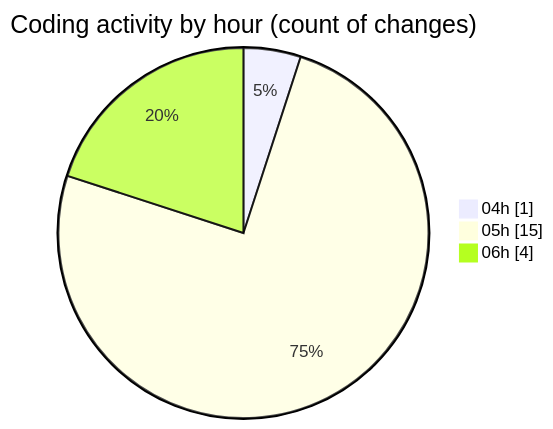
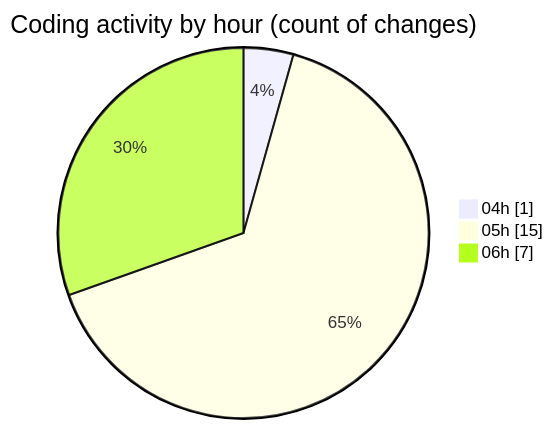
One commit to vahidmafi/code-tracking changed the second of 2 diagrams in 2025-03-24/zeytoon/README.md. Above: the diagram before and after it, drawn with Mermaid. The commit also changed other lines of this file and 1 other file, not shown here.

````diff
--- a/2025-03-24/zeytoon/README.md
+++ b/2025-03-24/zeytoon/README.md
@@ -35,7 +38,7 @@
 ```mermaid
 pie showData
 title Coding activity by hour (count of changes)
 "04h" : 1
 "05h" : 15
-"06h" : 4
+"06h" : 7
 ```
````
